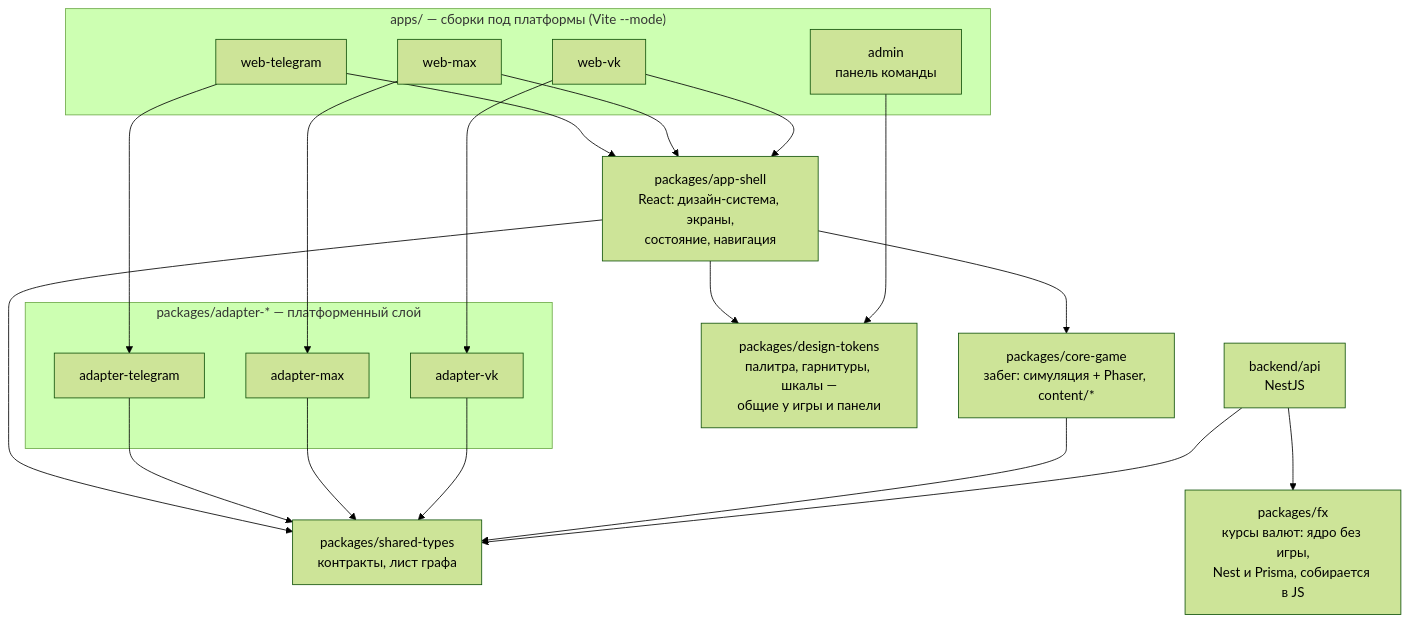
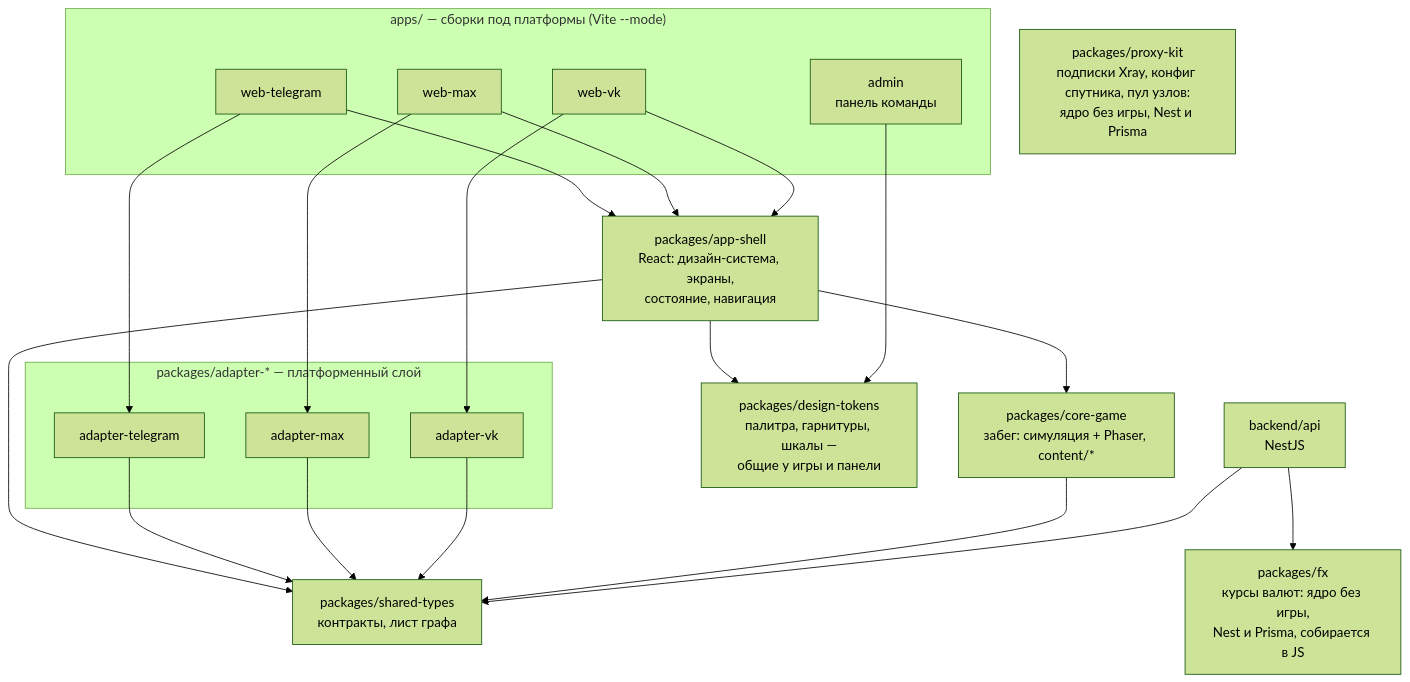
One commit to JJSGxKD/rubezh changed the fifth of 41 diagrams in docs/21-diagrams.md. Above: the diagram before and after it, drawn with Mermaid (forest theme). The commit also changed 4 other files, not shown here.

First line of the commit message:
docs(proxy-kit): Описать пакет и границу слоёв

````diff
--- a/docs/21-diagrams.md
+++ b/docs/21-diagrams.md
@@ -1570,40 +1570,41 @@
 ```mermaid
 flowchart TD
     subgraph apps["apps/ — сборки под платформы (Vite --mode)"]
         WT["web-telegram"]
         WM["web-max"]
         WV["web-vk"]
         ADM["admin<br/>панель команды"]
     end
 
     subgraph adapters["packages/adapter-* — платформенный слой"]
         AT["adapter-telegram"]
         AM["adapter-max"]
         AV["adapter-vk"]
     end
 
     SH["packages/app-shell<br/>React: дизайн-система, экраны,<br/>состояние, навигация"]
     CG["packages/core-game<br/>забег: симуляция + Phaser, content/*"]
     ST["packages/shared-types<br/>контракты, лист графа"]
     FX["packages/fx<br/>курсы валют: ядро без игры,<br/>Nest и Prisma, собирается в JS"]
+    PK["packages/proxy-kit<br/>подписки Xray, конфиг спутника, пул узлов:<br/>ядро без игры, Nest и Prisma"]
     API["backend/api<br/>NestJS"]
     DT["packages/design-tokens<br/>палитра, гарнитуры, шкалы —<br/>общие у игры и панели"]
 
     WT --> SH
     WT --> AT
     WM --> SH
     WM --> AM
     WV --> SH
     WV --> AV
 
     SH --> CG
     SH --> ST
     AT --> ST
     AM --> ST
     AV --> ST
     CG --> ST
     API --> ST
     API --> FX
     SH --> DT
     ADM --> DT
 ```
````
